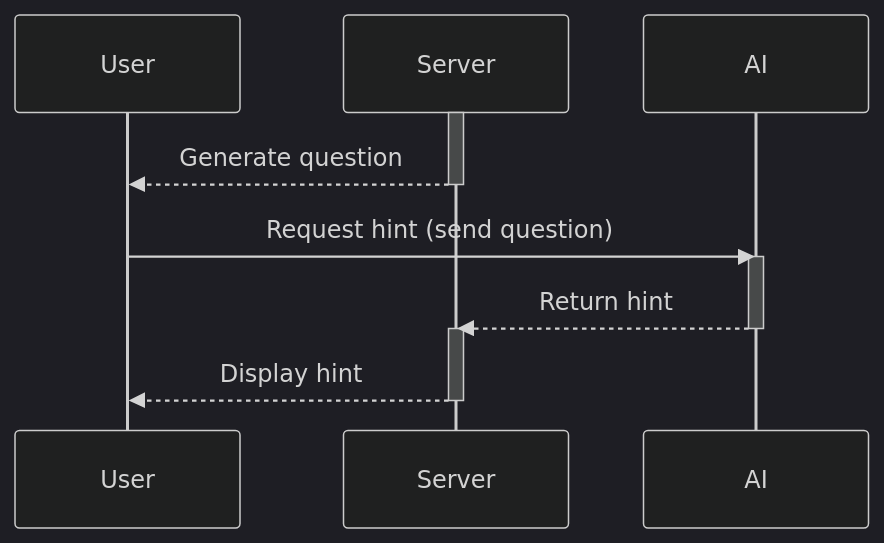
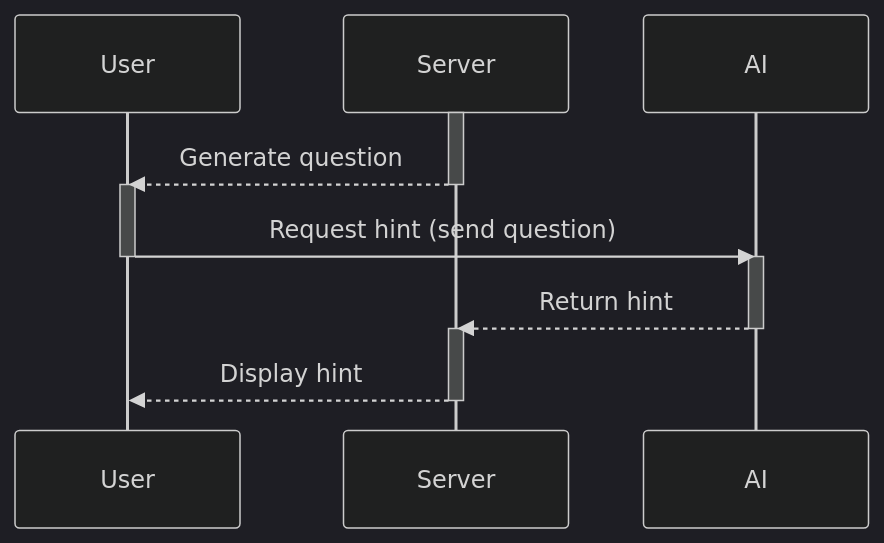
The third of 8 diagrams in documentation/docs/system-architecture/Sequence Diagrams.md (capstone-projects-2024-fall/project-whiteboardflow), drawn with Mermaid (dark theme) before and after one commit. The commit also changed other lines of this file, not shown here.

First line of the commit message:
Revise sequence diagrams

````diff
--- a/documentation/docs/system-architecture/Sequence Diagrams.md
+++ b/documentation/docs/system-architecture/Sequence Diagrams.md
@@ -88,24 +99,25 @@
 ```mermaid
 
 sequenceDiagram 
 
 participant User
 participant Server
 participant AI
 
 activate Server
-Server-->>User:Generate question
+Server -->> User: Generate question
 deactivate Server
 
-User->>AI:Request hint (send question)
+activate User
+User ->> AI: Request hint (send question)
+deactivate User
 
 activate AI
-AI-->>Server:Return hint
+AI -->> Server: Return hint
 deactivate AI
 
 activate Server
-Server-->>User:Display hint
+Server -->> User: Display hint
 deactivate Server
 
-
 ```
````
